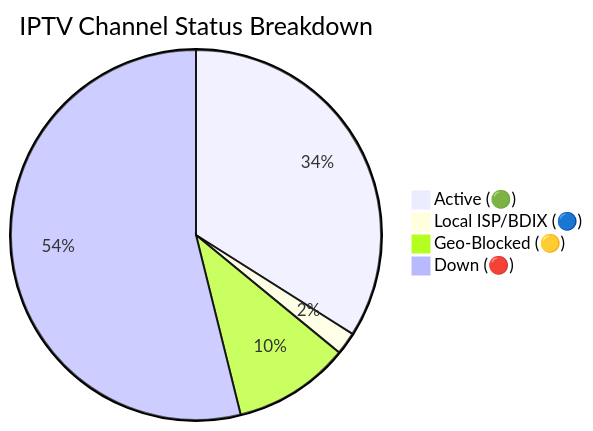
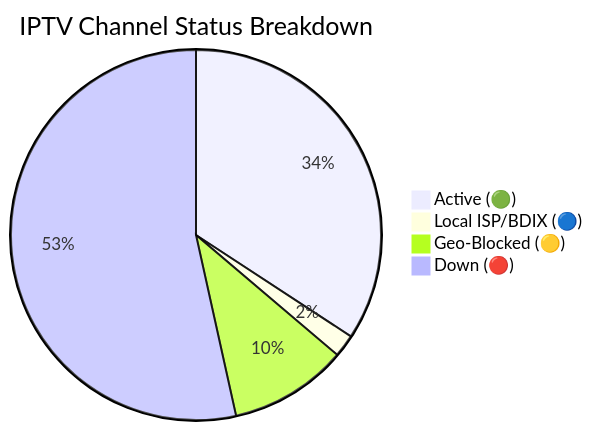
One commit to andreataylord/Ip-tv-Collection changed the diagram in README.md. Above: the diagram before and after it, drawn with Mermaid. The commit also changed other lines of this file and 2 other files, not shown here.

````diff
--- a/README.md
+++ b/README.md
@@ -59,7 +59,7 @@
 ```mermaid
 pie title IPTV Channel Status Breakdown
-    "Active (🟢)" : 2206
+    "Active (🟢)" : 2217
     "Local ISP/BDIX (🔵)" : 128
-    "Geo-Blocked (🟡)" : 661
-    "Down (🔴)" : 3499
+    "Geo-Blocked (🟡)" : 669
+    "Down (🔴)" : 3464
 ```
````
